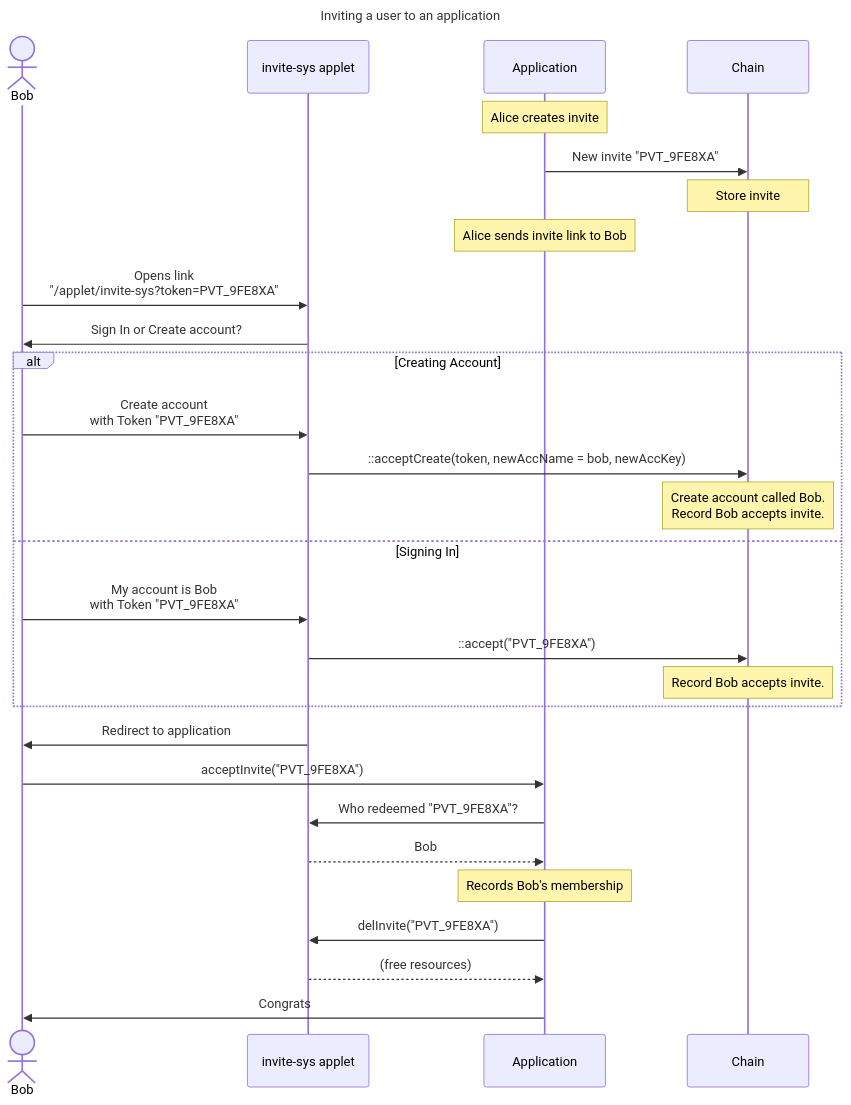
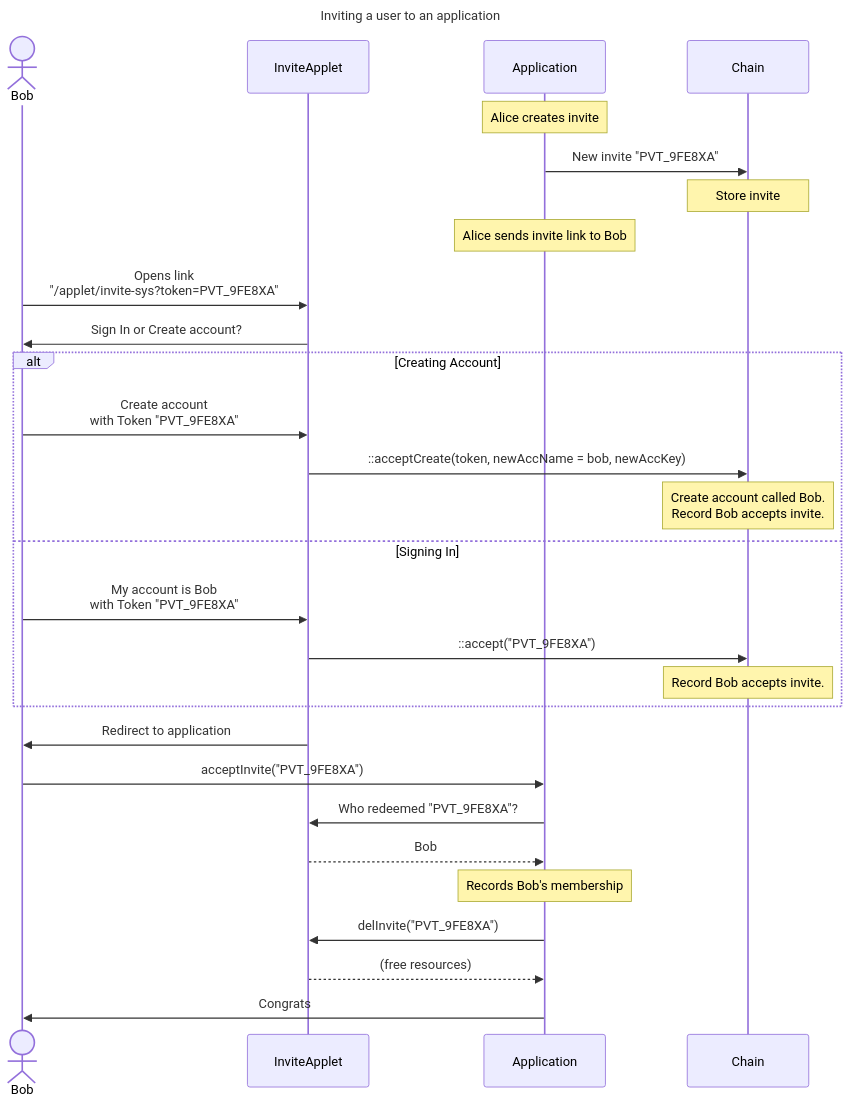
Before and after one commit to gofractally/psibase: the diagram in doc/psidk/src/concepts/invites.md, drawn with Mermaid. The commit also changed 44 other files, not shown here.

````diff
--- a/doc/psidk/src/concepts/invites.md
+++ b/doc/psidk/src/concepts/invites.md
@@ -30,32 +30,32 @@
 ```mermaid
 sequenceDiagram
    title Inviting a user to an application
    actor Bob
-   participant invite-sys applet
+   participant InviteApplet
    participant Application
    participant Chain
 
    Note over Application: Alice creates invite
    Application->>Chain: New invite "PVT_9FE8XA"
    Note over Chain: Store invite
    note over Application: Alice sends invite link to Bob
-   Bob->>invite-sys applet: Opens link<br>"/applet/invite-sys?token=PVT_9FE8XA"
-   invite-sys applet->>Bob: Sign In or Create account?
+   Bob->>InviteApplet: Opens link<br>"/applet/invite-sys?token=PVT_9FE8XA"
+   InviteApplet->>Bob: Sign In or Create account?
    alt Creating Account
-   Bob->>invite-sys applet: Create account<br>with Token "PVT_9FE8XA"
-   invite-sys applet->>Chain: ::acceptCreate(token, newAccName = bob, newAccKey)
+   Bob->>InviteApplet: Create account<br>with Token "PVT_9FE8XA"
+   InviteApplet->>Chain: ::acceptCreate(token, newAccName = bob, newAccKey)
    Note over Chain: Create account called Bob.<br>Record Bob accepts invite.
    else Signing In
-   Bob->>invite-sys applet: My account is Bob<br> with Token "PVT_9FE8XA"
-   invite-sys applet->>Chain: ::accept("PVT_9FE8XA")
+   Bob->>InviteApplet: My account is Bob<br> with Token "PVT_9FE8XA"
+   InviteApplet->>Chain: ::accept("PVT_9FE8XA")
    Note over Chain: Record Bob accepts invite.
    end
-   invite-sys applet->>Bob: Redirect to application
+   InviteApplet->>Bob: Redirect to application
    Bob->>Application: acceptInvite("PVT_9FE8XA")
-   Application->>invite-sys applet: Who redeemed "PVT_9FE8XA"?
-   invite-sys applet-->>Application: Bob
+   Application->>InviteApplet: Who redeemed "PVT_9FE8XA"?
+   InviteApplet-->>Application: Bob
    Note over Application: Records Bob's membership
-   Application->>invite-sys applet: delInvite("PVT_9FE8XA")
-   invite-sys applet-->>Application: (free resources)
+   Application->>InviteApplet: delInvite("PVT_9FE8XA")
+   InviteApplet-->>Application: (free resources)
    Application->>Bob: Congrats
 ```
````
